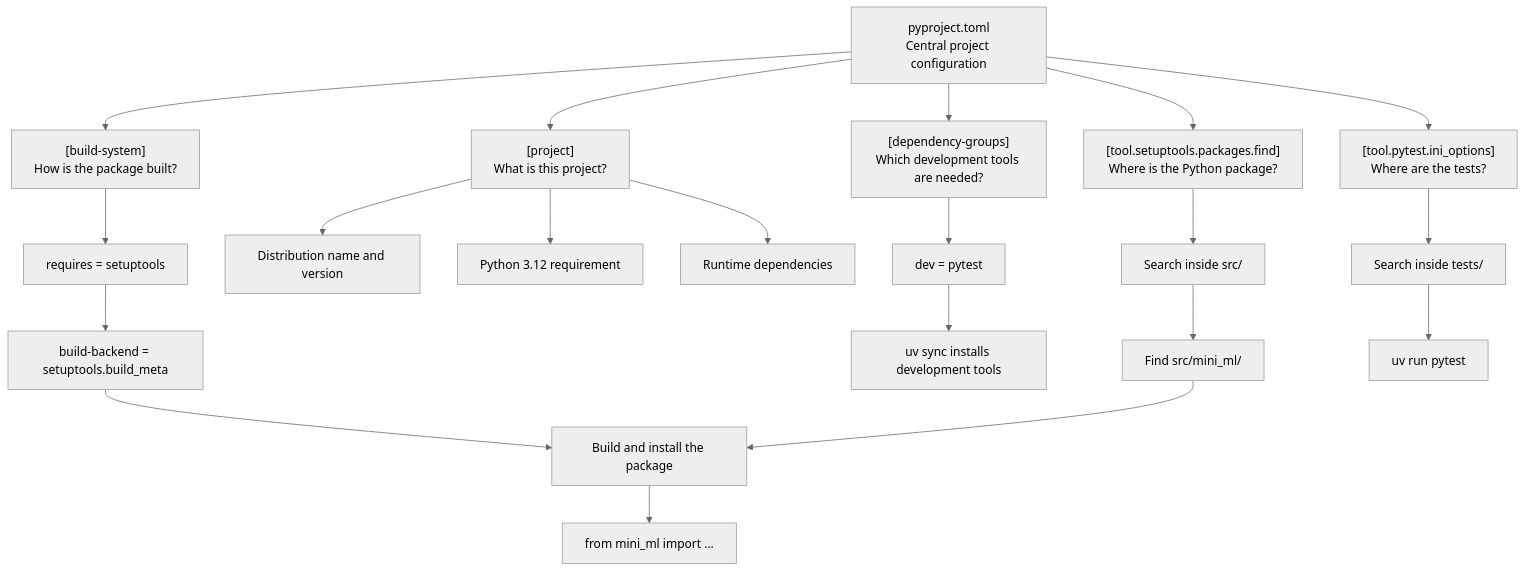
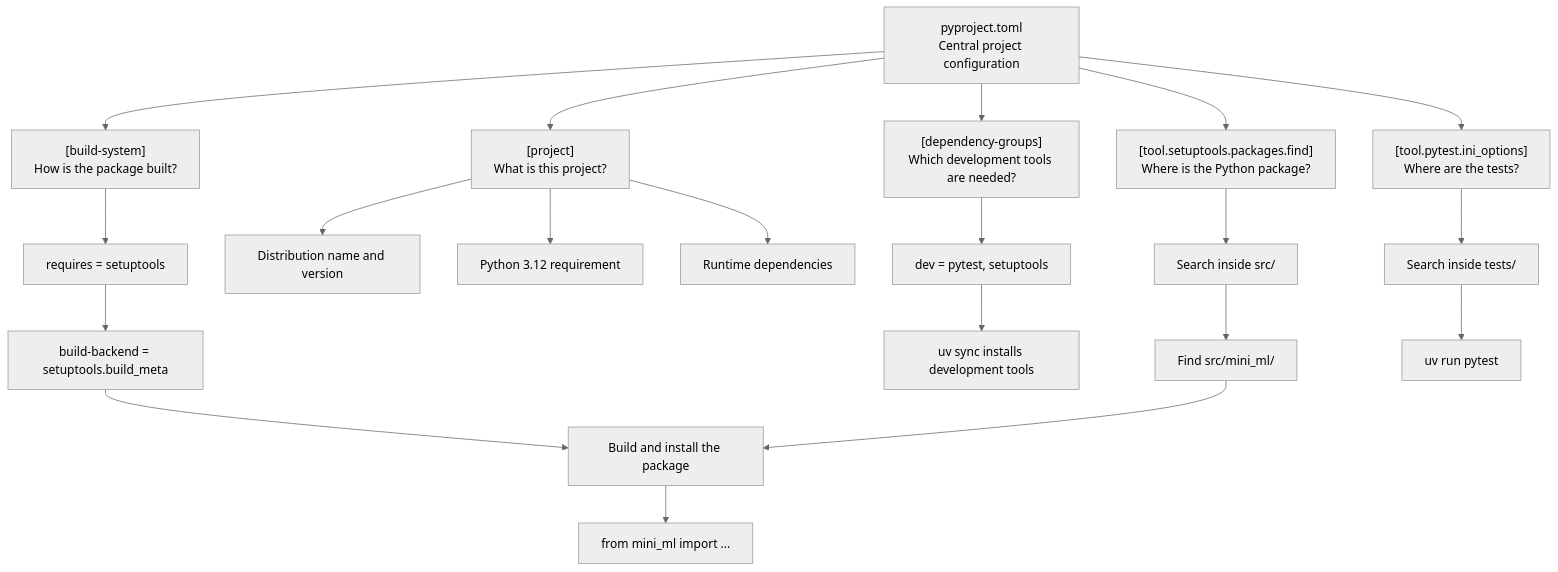
One commit to Stat-ML-Python-Workshop/python-workshop changed the first of 2 diagrams in weeks/week-01/lesson.md. Above: the diagram before and after it, drawn with Mermaid (neutral theme). The commit also changed other lines of this file, not shown here.

Commit message:
Update Week 01 lesson to include setuptools in dev dependencies (#14)

````diff
--- a/weeks/week-01/lesson.md
+++ b/weeks/week-01/lesson.md
@@ -110,29 +113,29 @@
 ```mermaid
 flowchart TD
     P["pyproject.toml<br/>Central project configuration"]
 
     P --> B["[build-system]<br/>How is the package built?"]
     P --> M["[project]<br/>What is this project?"]
     P --> D["[dependency-groups]<br/>Which development tools are needed?"]
     P --> S["[tool.setuptools.packages.find]<br/>Where is the Python package?"]
     P --> T["[tool.pytest.ini_options]<br/>Where are the tests?"]
 
     B --> B1["requires = setuptools"]
     B1 --> B2["build-backend = setuptools.build_meta"]
     B2 --> INSTALL["Build and install the package"]
 
     M --> M1["Distribution name and version"]
     M --> M2["Python 3.12 requirement"]
     M --> M3["Runtime dependencies"]
 
-    D --> D1["dev = pytest"]
+    D --> D1["dev = pytest, setuptools"]
     D1 --> SYNC["uv sync installs development tools"]
 
     S --> S1["Search inside src/"]
     S1 --> S2["Find src/mini_ml/"]
     S2 --> INSTALL
     INSTALL --> IMPORT["from mini_ml import ..."]
 
     T --> T1["Search inside tests/"]
     T1 --> TEST["uv run pytest"]
 ```
````
